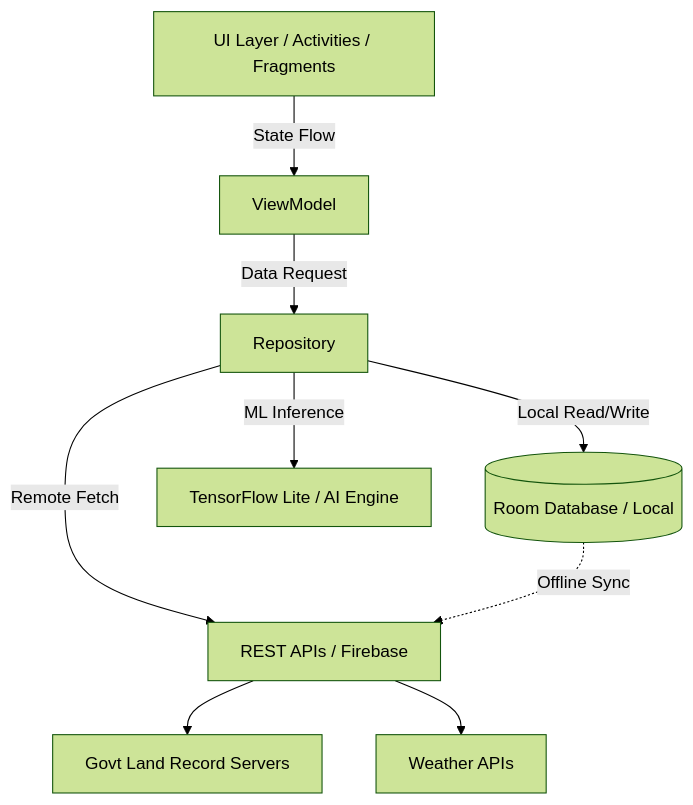
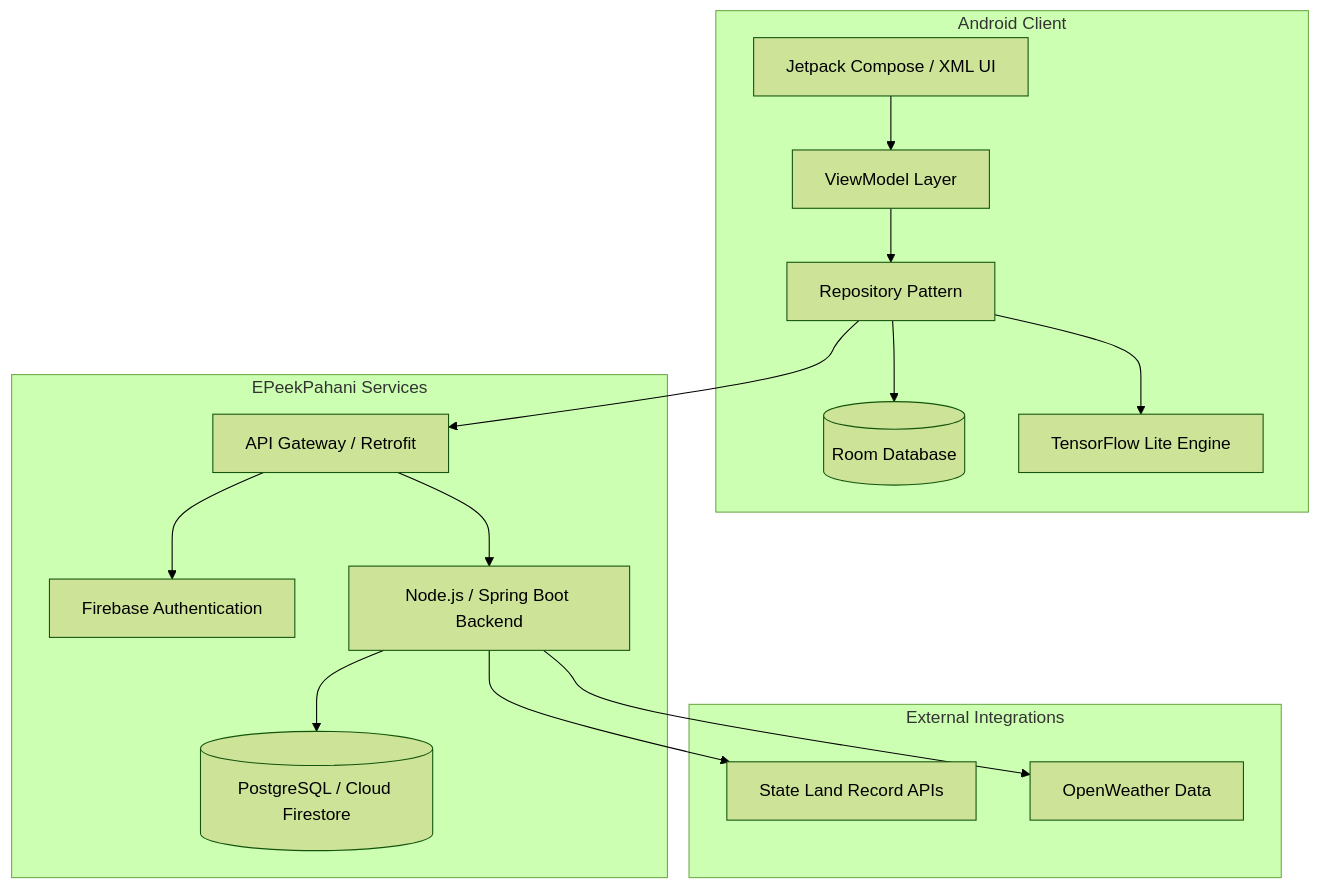
The second of 2 diagrams in README.md (Shambhavi500/EPeekPahani), drawn with Mermaid (forest theme) before and after one commit. The commit also changed other lines of this file, not shown here.

Commit message:
Added professional README for EPeekPahani

````diff
--- a/README.md
+++ b/README.md
@@ -80,14 +97,23 @@
 ```mermaid
 graph TD
-    UI[UI Layer / Activities / Fragments] -->|State Flow| VM[ViewModel]
-    VM -->|Data Request| Repo[Repository]
-    
-    Repo -->|Local Read/Write| DB[(Room Database / Local)]
-    Repo -->|Remote Fetch| API[REST APIs / Firebase]
-    Repo -->|ML Inference| ML[TensorFlow Lite / AI Engine]
-    
-    DB -.->|Offline Sync| API
-    
-    API --> Gov[Govt Land Record Servers]
-    API --> Weather[Weather APIs]
+    subgraph Frontend [Android Client]
+        UI[Jetpack Compose / XML UI] --> VM[ViewModel Layer]
+        VM --> Repo[Repository Pattern]
+        
+        Repo --> LocalDB[(Room Database)]
+        Repo --> ML[TensorFlow Lite Engine]
+    end
+
+    subgraph Backend & Cloud [EPeekPahani Services]
+        Repo --> Retrofit[API Gateway / Retrofit]
+        Retrofit --> Auth[Firebase Authentication]
+        Retrofit --> MainAPI[Node.js / Spring Boot Backend]
+        
+        MainAPI --> CloudDB[(PostgreSQL / Cloud Firestore)]
+    end
+
+    subgraph External Integrations
+        MainAPI --> GovAPI[State Land Record APIs]
+        MainAPI --> WeatherAPI[OpenWeather Data]
+    end
 ```
````
